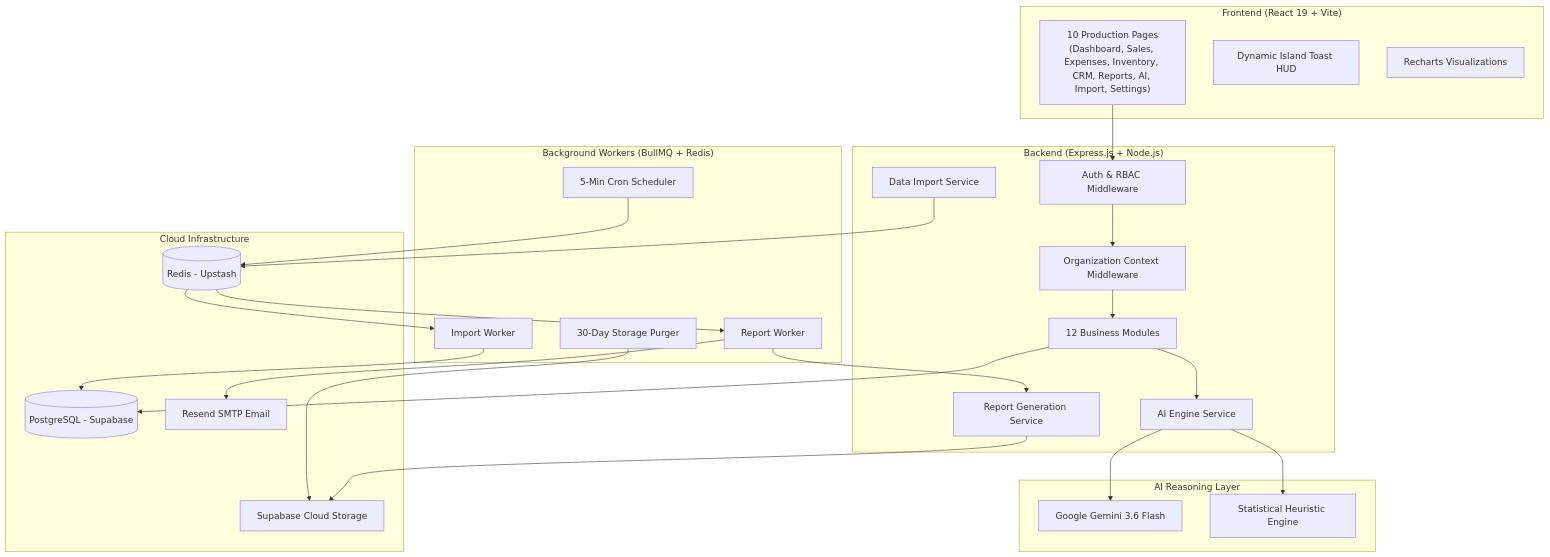
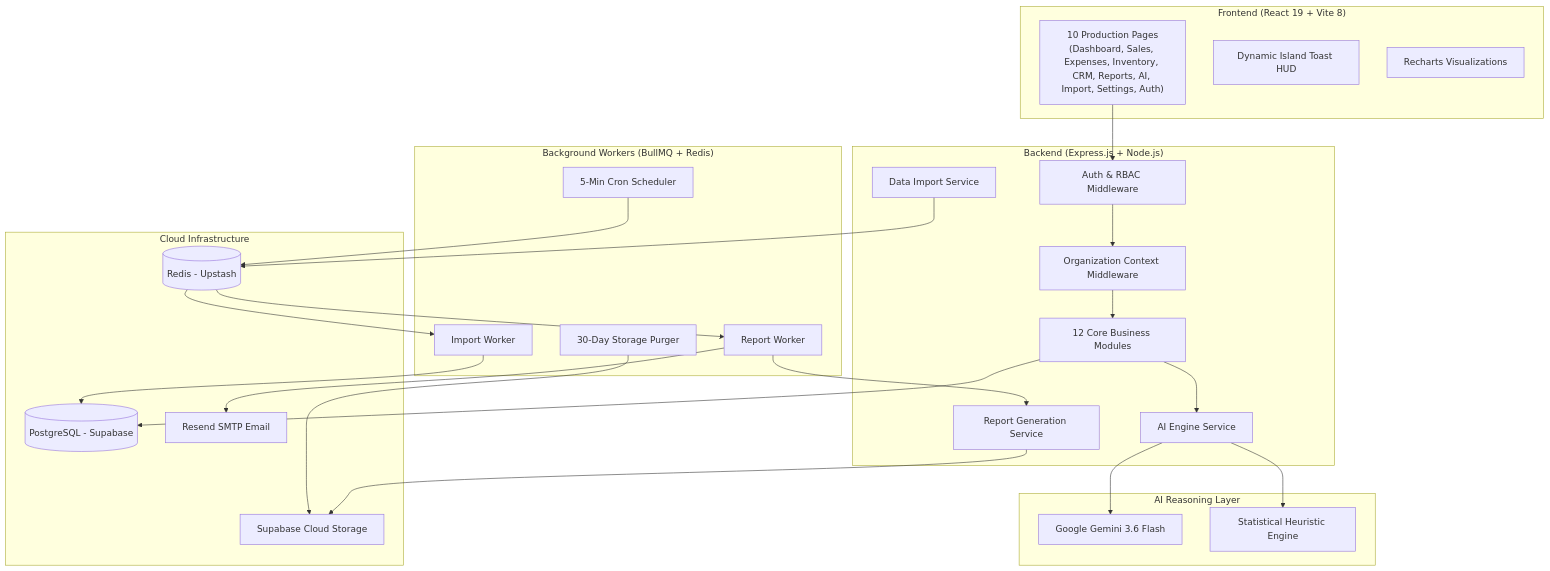
Before and after one commit to souvikx18/DecisionOS: the diagram in README.MD, drawn with Mermaid. The commit also changed other lines of this file, not shown here.

````diff
--- a/README.MD
+++ b/README.MD
@@ -115,47 +115,47 @@
 ```mermaid
 flowchart TD
-    subgraph Client["Frontend (React 19 + Vite)"]
-        UI["10 Production Pages\n(Dashboard, Sales, Expenses, Inventory, CRM, Reports, AI, Import, Settings)"]
+    subgraph Client["Frontend (React 19 + Vite 8)"]
+        UI["10 Production Pages\n(Dashboard, Sales, Expenses, Inventory, CRM, Reports, AI, Import, Settings, Auth)"]
         Toast["Dynamic Island Toast HUD"]
         Charts["Recharts Visualizations"]
     end
 
     subgraph API["Backend (Express.js + Node.js)"]
         Auth["Auth & RBAC Middleware"]
         Tenant["Organization Context Middleware"]
-        Modules["12 Business Modules"]
+        Modules["12 Core Business Modules"]
         AIEngine["AI Engine Service"]
         ImportSvc["Data Import Service"]
         ReportSvc["Report Generation Service"]
     end
 
     subgraph Workers["Background Workers (BullMQ + Redis)"]
         ImportWorker["Import Worker"]
         ReportWorker["Report Worker"]
         ReportScheduler["5-Min Cron Scheduler"]
         Purger["30-Day Storage Purger"]
     end
 
     subgraph AI["AI Reasoning Layer"]
         Gemini["Google Gemini 3.6 Flash"]
         Fallback["Statistical Heuristic Engine"]
     end
 
     subgraph Infra["Cloud Infrastructure"]
         PG[("PostgreSQL - Supabase")]
         Redis[("Redis - Upstash")]
         Storage["Supabase Cloud Storage"]
         Email["Resend SMTP Email"]
     end
 
     UI --> Auth --> Tenant --> Modules
     Modules --> PG
     Modules --> AIEngine
     AIEngine --> Gemini
     AIEngine --> Fallback
     ImportSvc --> Redis --> ImportWorker --> PG
     ReportSvc --> Storage
     ReportScheduler --> Redis --> ReportWorker --> ReportSvc
     ReportWorker --> Email
     Purger --> Storage
 ```
````
